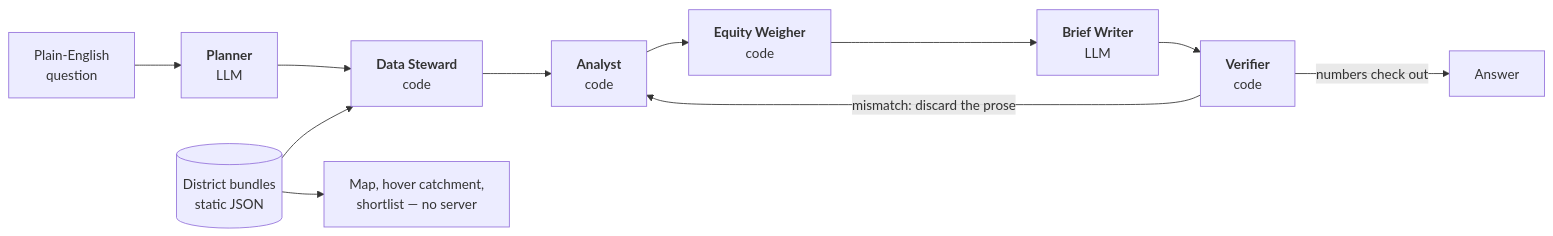
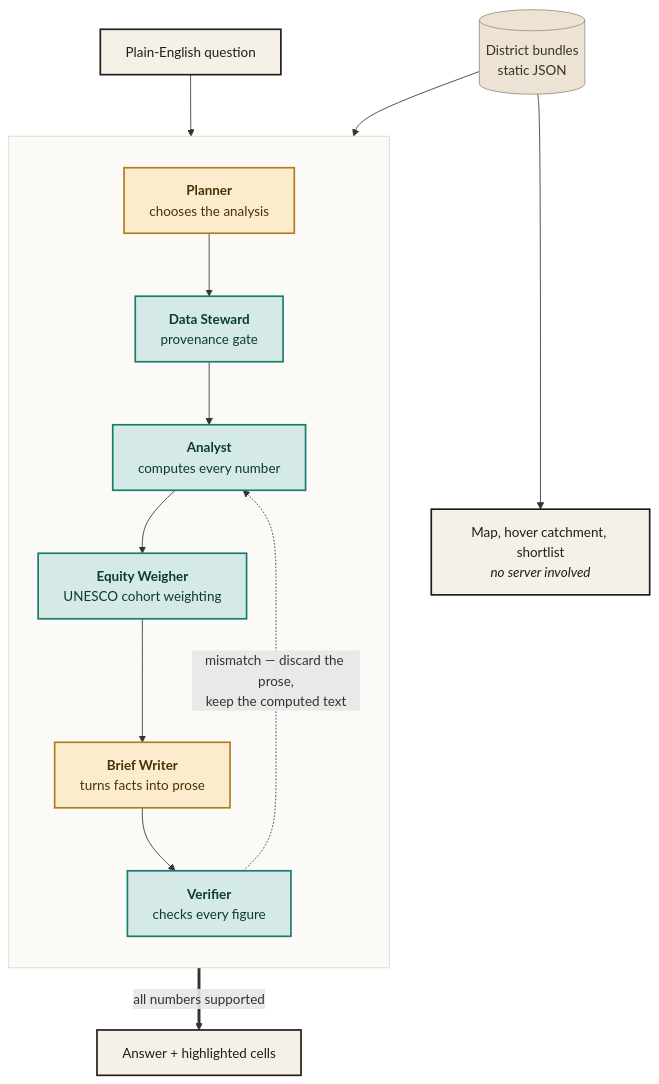
The diagram in README.md (arahmanmdmajid/rasta-school-access), drawn with Mermaid before and after one commit. The commit also changed other lines of this file and 1 other file, not shown here.

First line of the commit message:
Update the README and colour the agents in the diagram

````diff
--- a/README.md
+++ b/README.md
@@ -67,13 +68,28 @@
 ```mermaid
-flowchart LR
-  Q["Plain-English<br/>question"] --> P["<b>Planner</b><br/>LLM"]
-  P --> D["<b>Data Steward</b><br/>code"]
-  D --> A["<b>Analyst</b><br/>code"]
-  A --> E["<b>Equity Weigher</b><br/>code"]
-  E --> W["<b>Brief Writer</b><br/>LLM"]
-  W --> V["<b>Verifier</b><br/>code"]
-  V -->|numbers check out| OUT["Answer"]
-  V -->|mismatch: discard the prose| A
+flowchart TD
+  Q["Plain-English question"] --> P
   B[("District bundles<br/>static JSON")] --> D
-  B --> MAP["Map, hover catchment,<br/>shortlist — no server"]
+  B --> MAP["Map, hover catchment, shortlist<br/><i>no server involved</i>"]
+
+  subgraph pipe [" "]
+    direction TD
+    P["<b>Planner</b><br/>chooses the analysis"] --> D["<b>Data Steward</b><br/>provenance gate"]
+    D --> A["<b>Analyst</b><br/>computes every number"]
+    A --> E["<b>Equity Weigher</b><br/>UNESCO cohort weighting"]
+    E --> W["<b>Brief Writer</b><br/>turns facts into prose"]
+    W --> V["<b>Verifier</b><br/>checks every figure"]
+    V -.->|"mismatch — discard the prose,<br/>keep the computed text"| A
+  end
+
+  V ==>|all numbers supported| OUT["Answer + highlighted cells"]
+
+  classDef llm  fill:#fbeccd,stroke:#b07d1e,stroke-width:2px,color:#4a3205
+  classDef code fill:#d5eae6,stroke:#167d6e,stroke-width:2px,color:#0a3b34
+  classDef data fill:#ece3d4,stroke:#9c8d77,stroke-width:1px,color:#3a3129
+  classDef io   fill:#f6f1e8,stroke:#241c15,stroke-width:2px,color:#241c15
+  style pipe fill:#fcfaf7,stroke:#e0d5c4,stroke-width:1px
+  class P,W llm
+  class D,A,E,V code
+  class B data
+  class Q,OUT,MAP io
 ```
````
